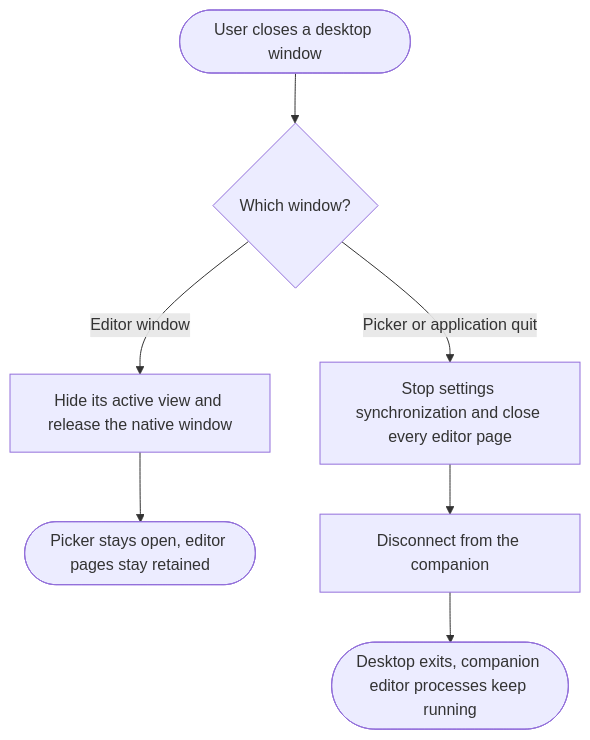
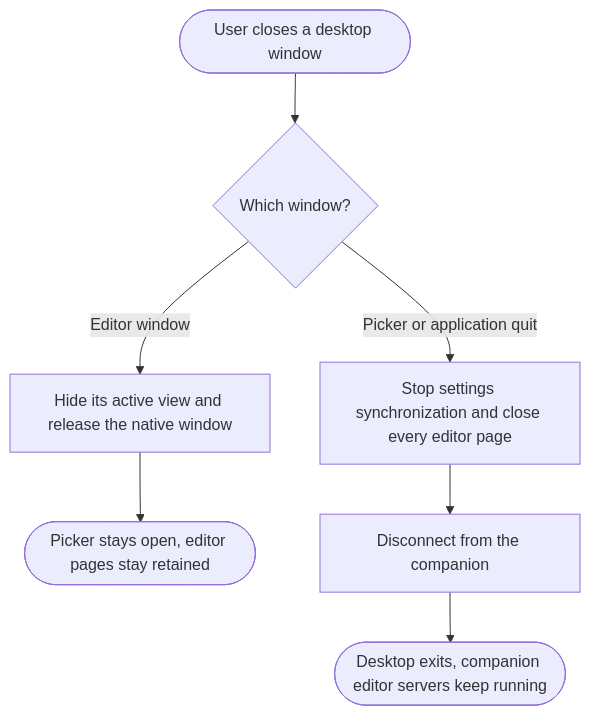
The eighth of 8 diagrams in workflows/desktop.md (takeshibaconsuzuki/ade-overlay), drawn with Mermaid before and after one commit. The commit also changed other lines of this file and 70 other files, not shown here.

````diff
--- a/workflows/desktop.md
+++ b/workflows/desktop.md
@@ -163,9 +166,9 @@
 ```mermaid
 flowchart TD
     Close([User closes a desktop window]) --> Which{Which window?}
     Which -->|Editor window| Hide[Hide its active view and release the native window]
     Hide --> Retained([Picker stays open, editor pages stay retained])
     Which -->|Picker or application quit| Stop[Stop settings synchronization and close every editor page]
     Stop --> Disconnect[Disconnect from the companion]
-    Disconnect --> Exit([Desktop exits, companion editor processes keep running])
+    Disconnect --> Exit([Desktop exits, companion editor servers keep running])
 ```
````
